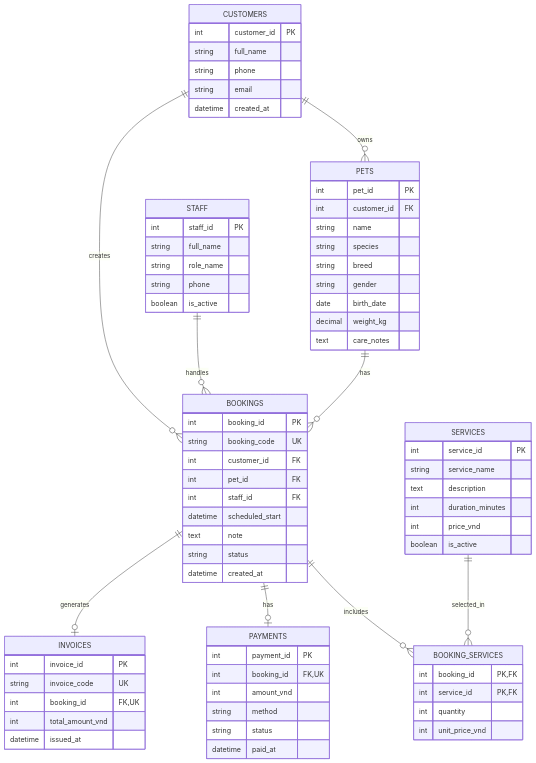
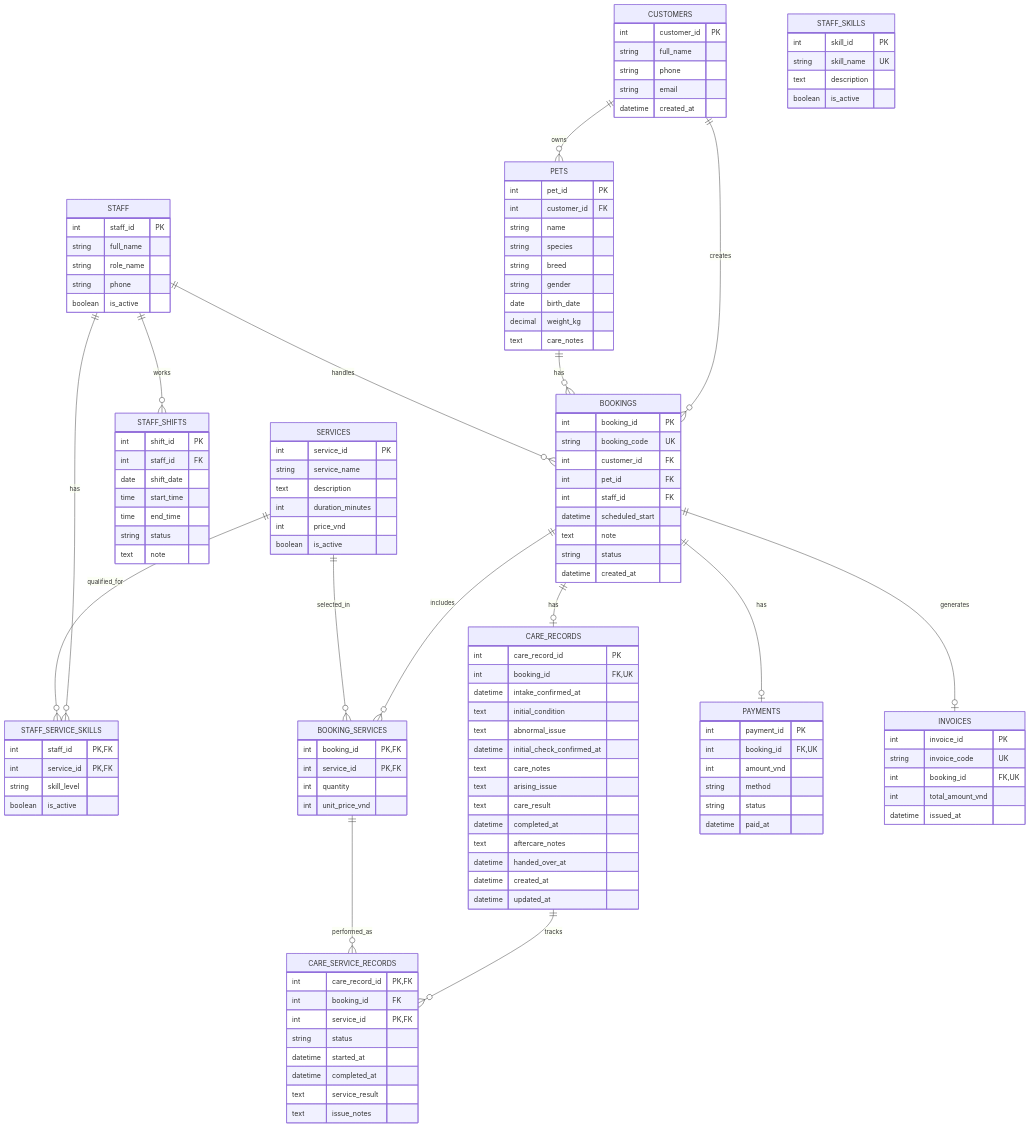
Before and after one commit to NguyenMinhHuy229/petcare: the diagram in docs/ERD.md, drawn with Mermaid. The commit also changed other lines of this file and 15 other files, not shown here.

Commit message:
feat: add care process and staff management flows

```diff
--- a/docs/ERD.md
+++ b/docs/ERD.md
@@ -8,8 +8,14 @@
     CUSTOMERS ||--o{ BOOKINGS : creates
     PETS ||--o{ BOOKINGS : has
     STAFF ||--o{ BOOKINGS : handles
+    STAFF ||--o{ STAFF_SHIFTS : works
+    STAFF ||--o{ STAFF_SERVICE_SKILLS : has
+    SERVICES ||--o{ STAFF_SERVICE_SKILLS : qualified_for
     BOOKINGS ||--o{ BOOKING_SERVICES : includes
     SERVICES ||--o{ BOOKING_SERVICES : selected_in
+    BOOKINGS ||--o| CARE_RECORDS : has
+    CARE_RECORDS ||--o{ CARE_SERVICE_RECORDS : tracks
+    BOOKING_SERVICES ||--o{ CARE_SERVICE_RECORDS : performed_as
     BOOKINGS ||--o| PAYMENTS : has
     BOOKINGS ||--o| INVOICES : generates
 
@@ -50,6 +56,30 @@
         boolean is_active
     }
 
+    STAFF_SHIFTS {
+        int shift_id PK
+        int staff_id FK
+        date shift_date
+        time start_time
+        time end_time
+        string status
+        text note
+    }
+
+    STAFF_SKILLS {
+        int skill_id PK
+        string skill_name UK
+        text description
+        boolean is_active
+    }
+
+    STAFF_SERVICE_SKILLS {
+        int staff_id PK, FK
+        int service_id PK, FK
+        string skill_level
+        boolean is_active
+    }
+
     BOOKINGS {
         int booking_id PK
         string booking_code UK
@@ -69,6 +99,34 @@
         int unit_price_vnd
     }
 
+    CARE_RECORDS {
+        int care_record_id PK
+        int booking_id FK, UK
+        datetime intake_confirmed_at
+        text initial_condition
+        text abnormal_issue
+        datetime initial_check_confirmed_at
+        text care_notes
+        text arising_issue
+        text care_result
+        datetime completed_at
+        text aftercare_notes
+        datetime handed_over_at
+        datetime created_at
+        datetime updated_at
+    }
+
+    CARE_SERVICE_RECORDS {
+        int care_record_id PK, FK
+        int booking_id FK
+        int service_id PK, FK
+        string status
+        datetime started_at
+        datetime completed_at
+        text service_result
+        text issue_notes
+    }
+
     PAYMENTS {
         int payment_id PK
         int booking_id FK, UK
```
